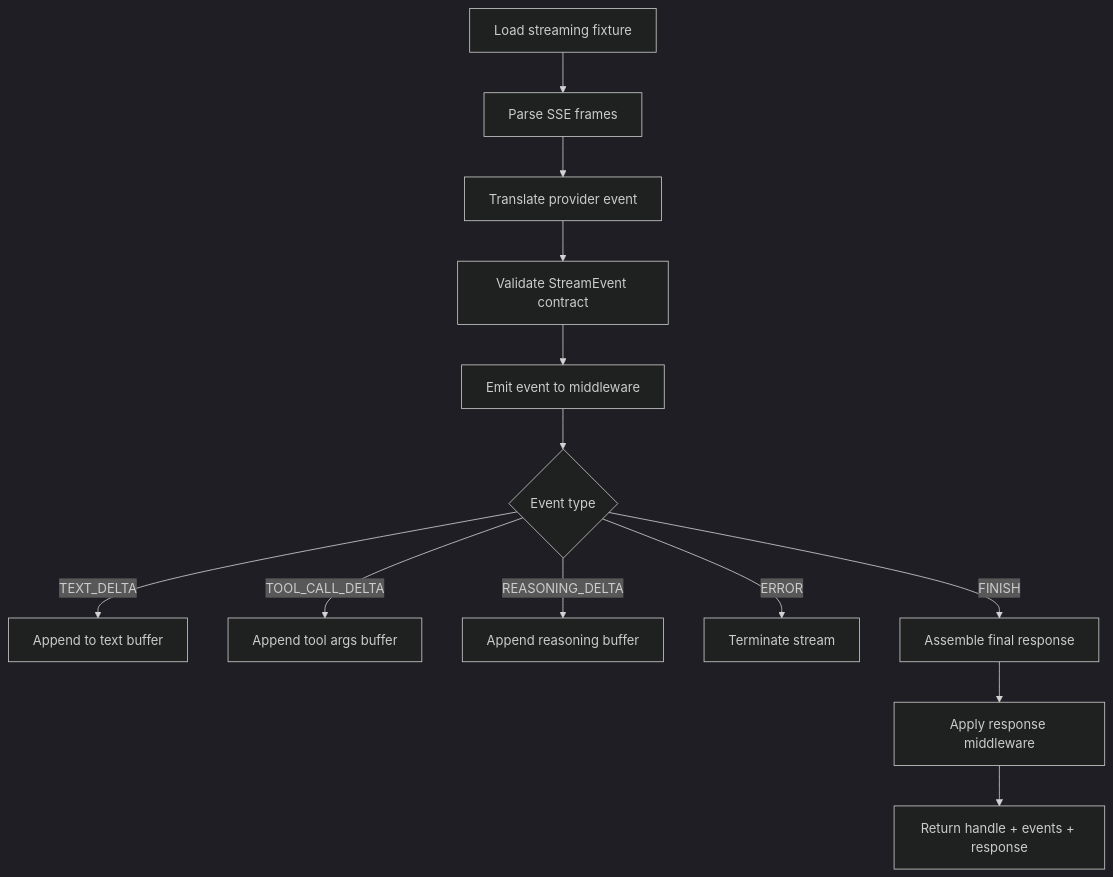
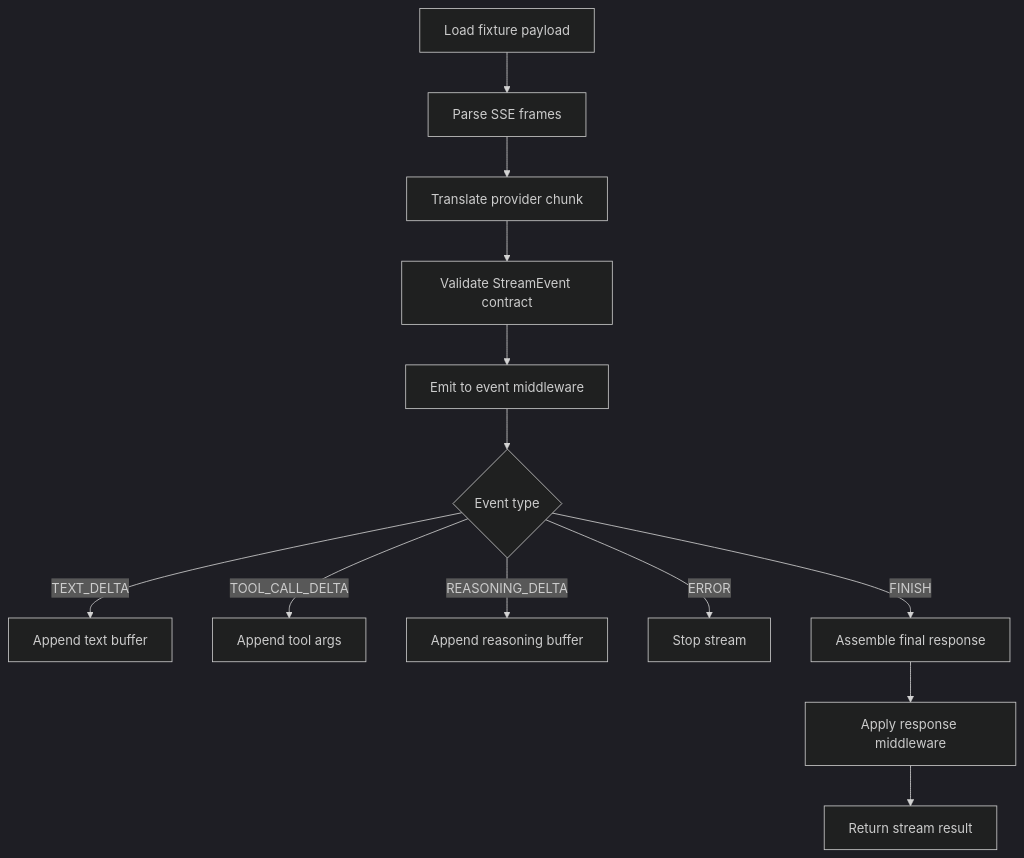
Before and after one commit to jaytaylor/attractor-tcl: the third of 5 diagrams in docs/sprints/SPRINT-005-comprehensive-implementation-plan.md, drawn with Mermaid (dark theme). The commit also changed other lines of this file, not shown here.

````diff
--- a/docs/sprints/SPRINT-005-comprehensive-implementation-plan.md
+++ b/docs/sprints/SPRINT-005-comprehensive-implementation-plan.md
@@ -691,15 +1319,15 @@
 ```mermaid
 flowchart TD
-  A[Load streaming fixture] --> B[Parse SSE frames]
-  B --> C[Translate provider event]
+  A[Load fixture payload] --> B[Parse SSE frames]
+  B --> C[Translate provider chunk]
   C --> D[Validate StreamEvent contract]
-  D --> E[Emit event to middleware]
+  D --> E[Emit to event middleware]
   E --> F{Event type}
-  F -->|TEXT_DELTA| G[Append to text buffer]
-  F -->|TOOL_CALL_DELTA| H[Append tool args buffer]
+  F -->|TEXT_DELTA| G[Append text buffer]
+  F -->|TOOL_CALL_DELTA| H[Append tool args]
   F -->|REASONING_DELTA| I[Append reasoning buffer]
-  F -->|ERROR| J[Terminate stream]
+  F -->|ERROR| J[Stop stream]
   F -->|FINISH| K[Assemble final response]
   K --> L[Apply response middleware]
-  L --> M[Return handle + events + response]
+  L --> M[Return stream result]
 ```
````
